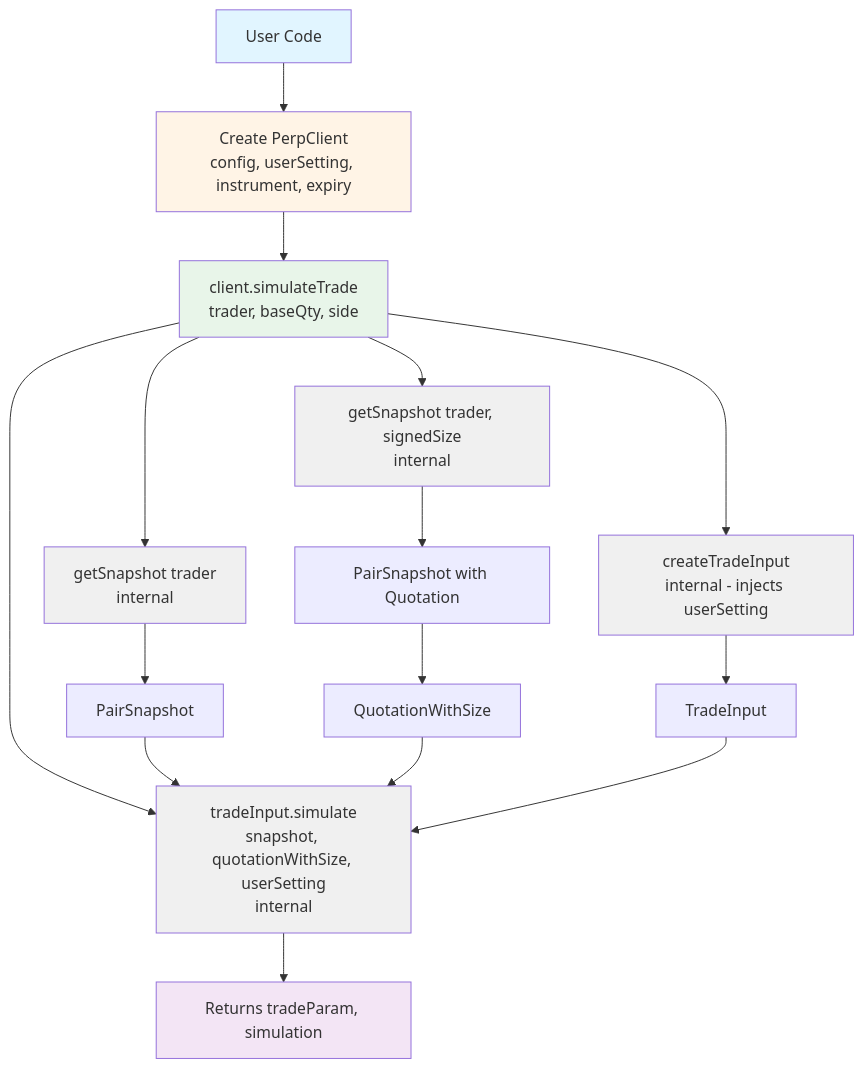
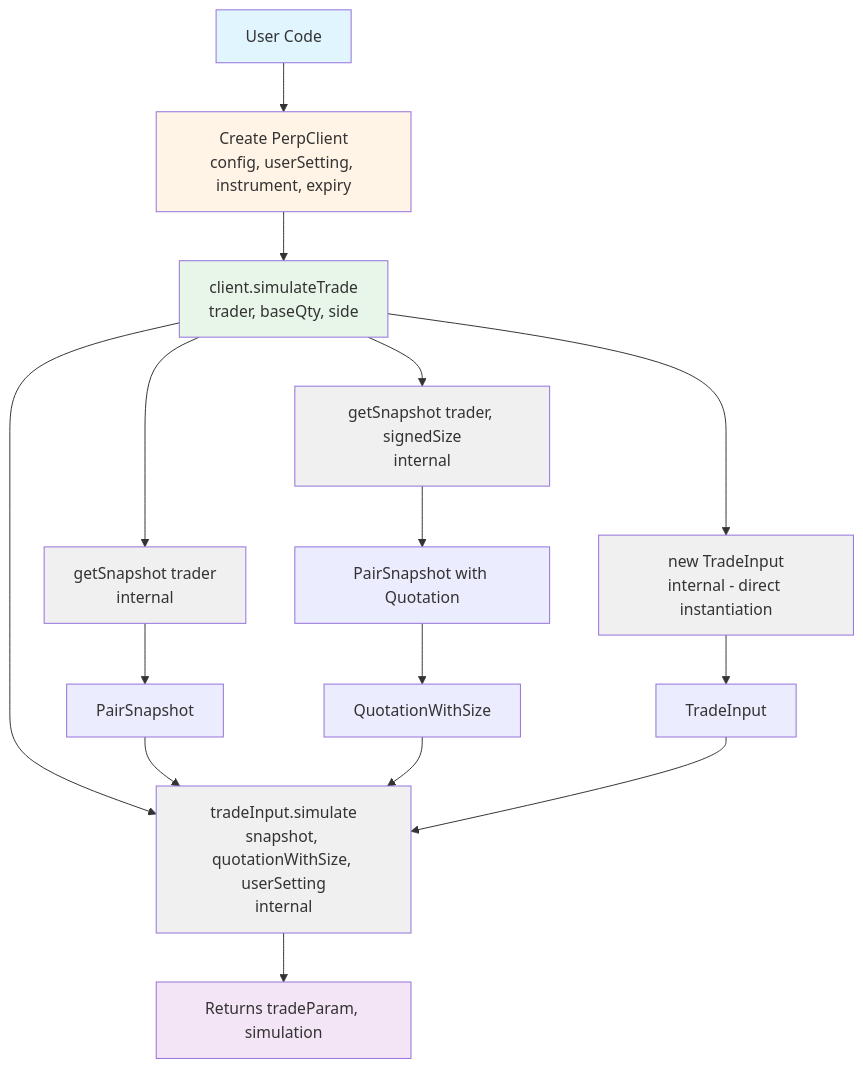
Before and after one commit to derivation-tech/ts-sdk: the fourth of 4 diagrams in packages/perpv3-ts/docs/perpv3-sdk-design-diagram.md, drawn with Mermaid. The commit also changed other lines of this file and 5 other files, not shown here.

````diff
--- a/packages/perpv3-ts/docs/perpv3-sdk-design-diagram.md
+++ b/packages/perpv3-ts/docs/perpv3-sdk-design-diagram.md
@@ -260,28 +253,28 @@
 ```mermaid
 flowchart TD
     A[User Code] --> B[Create PerpClient<br/>config, userSetting, instrument, expiry]
     B --> C[client.simulateTrade<br/>trader, baseQty, side]
 
     C --> D[getSnapshot trader<br/>internal]
     C --> E[getSnapshot trader, signedSize<br/>internal]
-    C --> F[createTradeInput<br/>internal - injects userSetting]
+    C --> F[new TradeInput<br/>internal - direct instantiation]
     C --> G[tradeInput.simulate<br/>snapshot, quotationWithSize, userSetting<br/>internal]
 
     D --> H[PairSnapshot]
     E --> I[PairSnapshot with Quotation]
     I --> J[QuotationWithSize]
     F --> K[TradeInput]
     H --> G
     J --> G
     K --> G
     G --> L[Returns tradeParam, simulation]
 
     style A fill:#e1f5ff
     style B fill:#fff4e6
     style C fill:#e8f5e9
     style L fill:#f3e5f5
     style D fill:#f0f0f0
     style E fill:#f0f0f0
     style F fill:#f0f0f0
     style G fill:#f0f0f0
 ```
````
